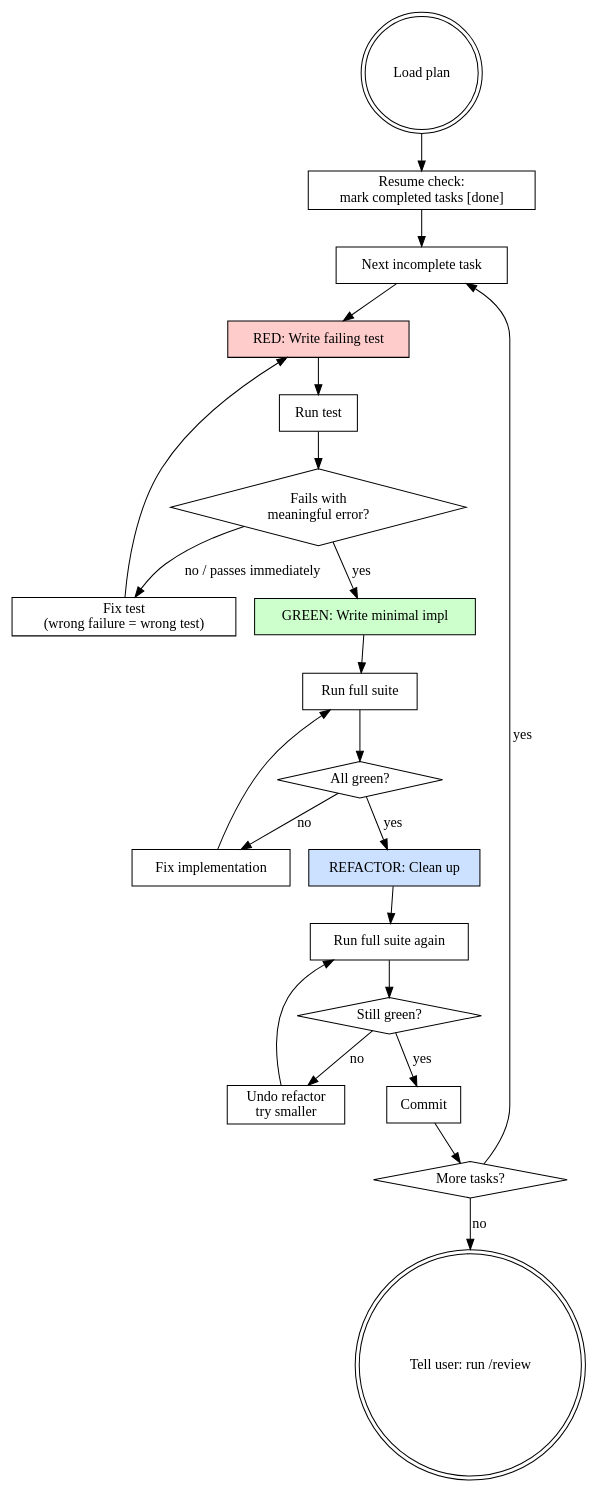
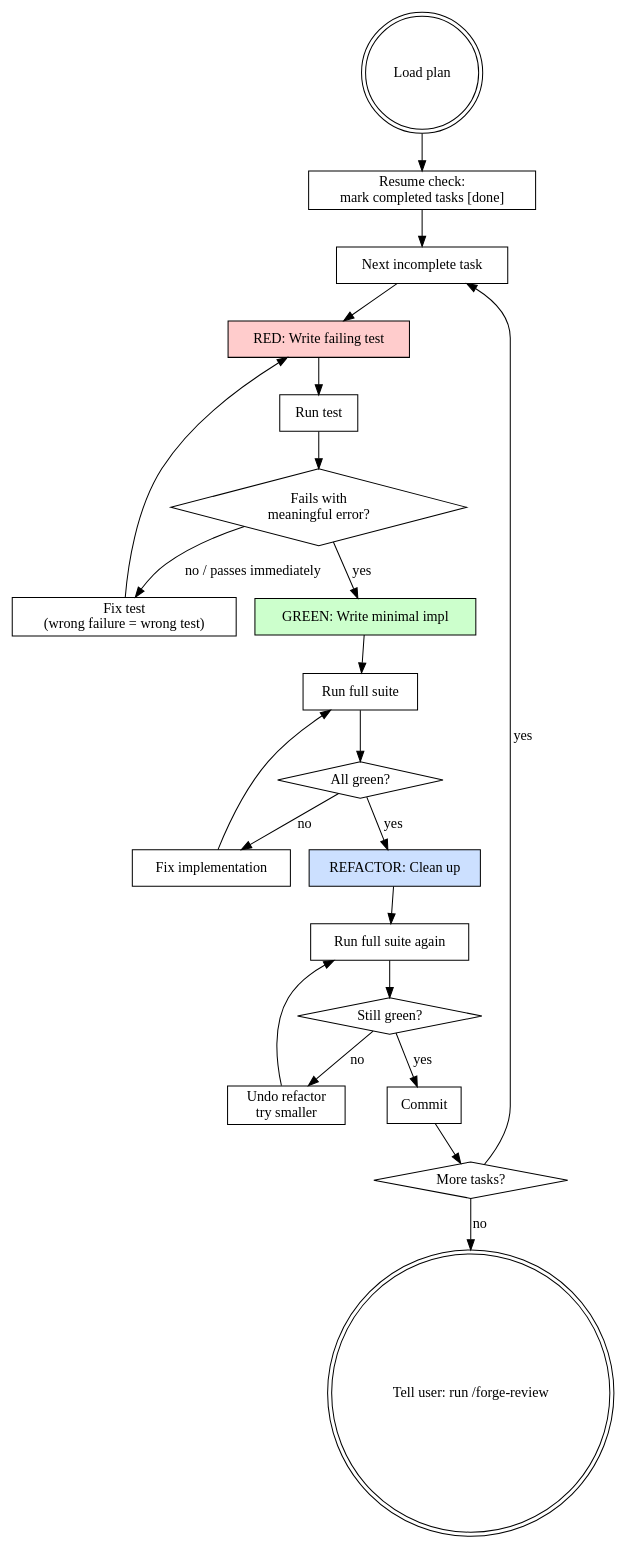
The diagram in skills/build/SKILL.md (zmzhace/fullstack-skills), drawn with Graphviz before and after one commit. The commit also changed other lines of this file and 28 other files, not shown here.

````diff
--- a/skills/build/SKILL.md
+++ b/skills/build/SKILL.md
@@ -12,45 +12,45 @@
 ```dot
 digraph build {
     rankdir=TB;
     start   [label="Load plan", shape=doublecircle];
     resume  [label="Resume check:\nmark completed tasks [done]", shape=box];
     task    [label="Next incomplete task", shape=box];
     red     [label="RED: Write failing test", shape=box, style=filled, fillcolor="#ffcccc"];
     run1    [label="Run test", shape=box];
     fails   [label="Fails with\nmeaningful error?", shape=diamond];
     fixtest [label="Fix test\n(wrong failure = wrong test)", shape=box];
     green   [label="GREEN: Write minimal impl", shape=box, style=filled, fillcolor="#ccffcc"];
     run2    [label="Run full suite", shape=box];
     allpass [label="All green?", shape=diamond];
     fiximpl [label="Fix implementation", shape=box];
     refact  [label="REFACTOR: Clean up", shape=box, style=filled, fillcolor="#cce0ff"];
     run3    [label="Run full suite again", shape=box];
     stillg  [label="Still green?", shape=diamond];
     undo    [label="Undo refactor\ntry smaller", shape=box];
     commit  [label="Commit", shape=box];
     more    [label="More tasks?", shape=diamond];
-    done    [label="Tell user: run /review", shape=doublecircle];
+    done    [label="Tell user: run /forge-review", shape=doublecircle];
 
     start -> resume;
     resume -> task;
     task -> red;
     red -> run1;
     run1 -> fails;
     fails -> fixtest [label="no / passes immediately"];
     fixtest -> red;
     fails -> green [label="yes"];
     green -> run2;
     run2 -> allpass;
     allpass -> fiximpl [label="no"];
     fiximpl -> run2;
     allpass -> refact [label="yes"];
     refact -> run3;
     run3 -> stillg;
     stillg -> undo [label="no"];
     undo -> run3;
     stillg -> commit [label="yes"];
     commit -> more;
     more -> task [label="yes"];
     more -> done [label="no"];
 }
 ```
````
